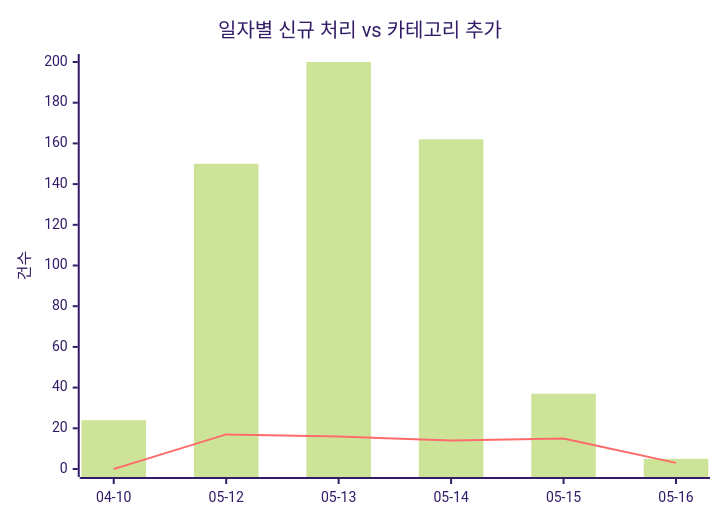
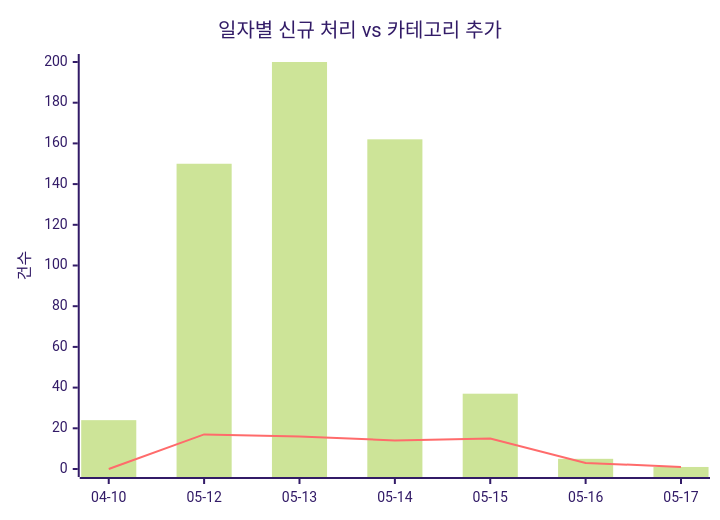
One commit to J-nowcow/awesome-korean-agent-skills changed the first of 2 diagrams in docs/trends.md. Above: the diagram before and after it, drawn with Mermaid (forest theme). The commit also changed other lines of this file and 4 other files, not shown here.

````diff
--- a/docs/trends.md
+++ b/docs/trends.md
@@ -32,8 +32,8 @@
 ```mermaid
 xychart-beta
     title "일자별 신규 처리 vs 카테고리 추가"
-    x-axis ["04-10","05-12","05-13","05-14","05-15","05-16"]
+    x-axis ["04-10","05-12","05-13","05-14","05-15","05-16","05-17"]
     y-axis "건수"
-    bar [24,150,200,162,37,5]
-    line [0,17,16,14,15,3]
+    bar [24,150,200,162,37,5,1]
+    line [0,17,16,14,15,3,1]
 ```
````
